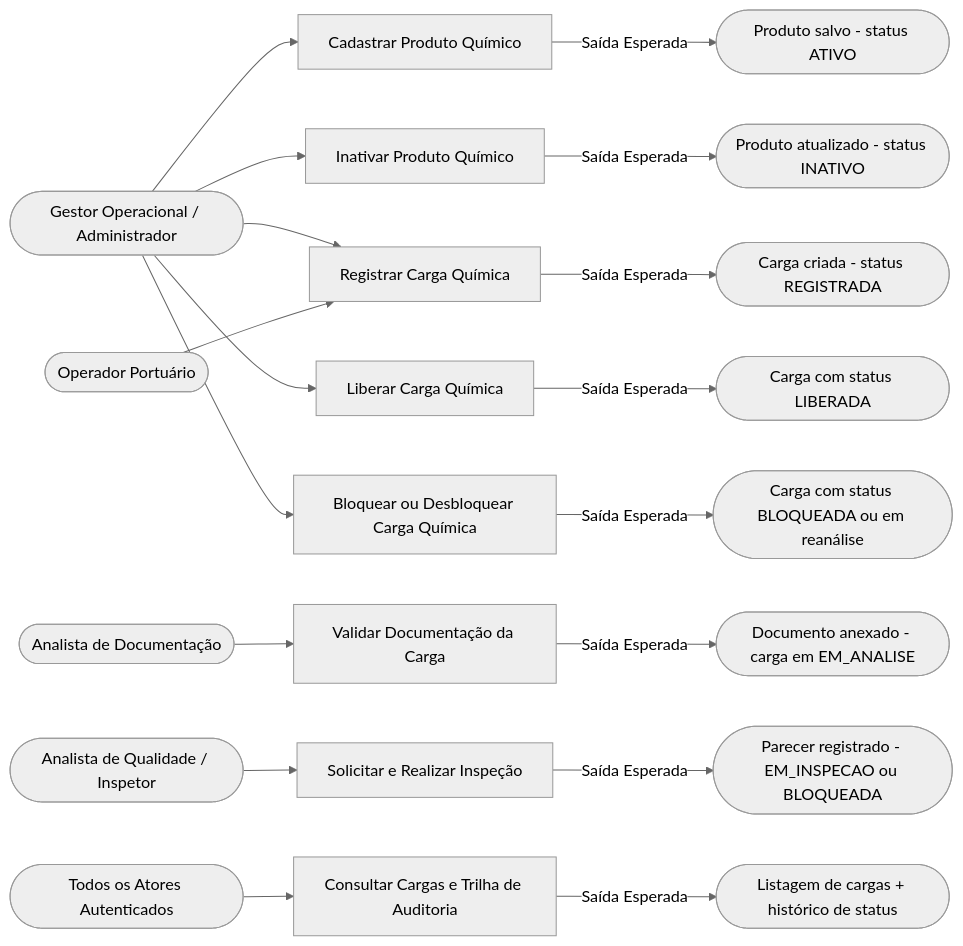
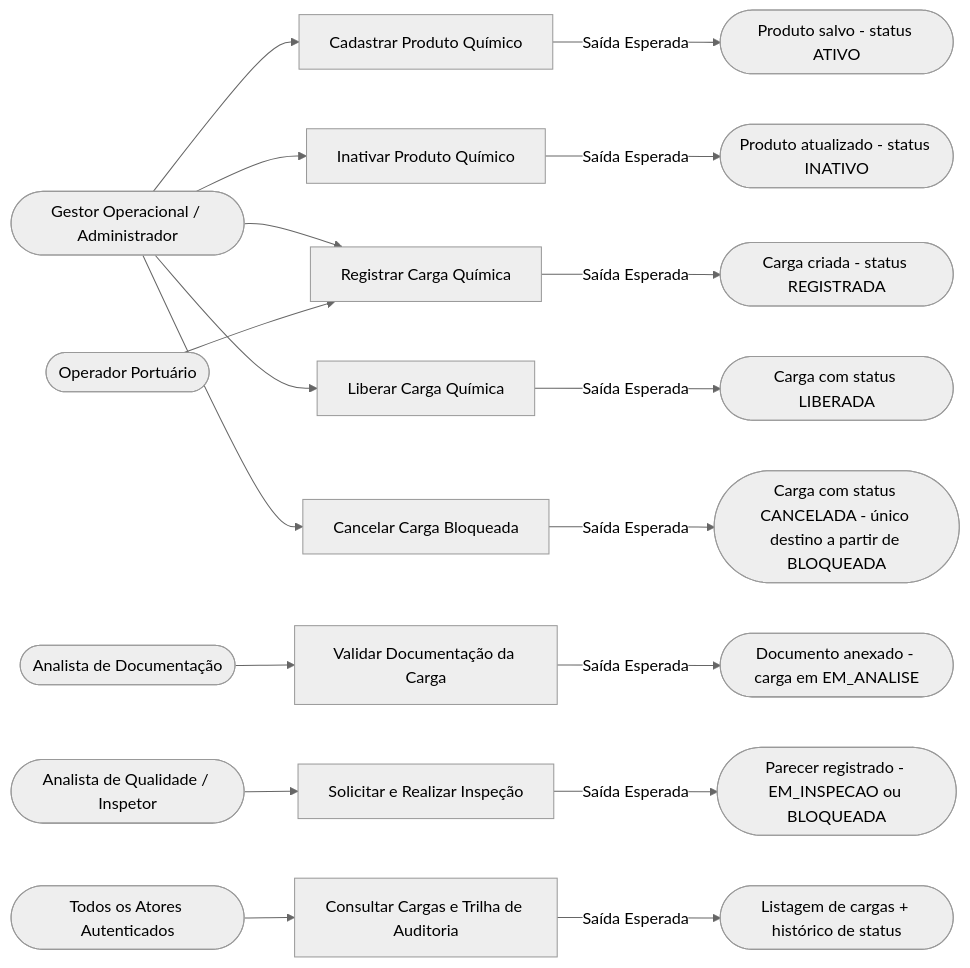
One commit to gabrixlzdev/QuimiPort changed the first of 2 diagrams in docs/3_casos_de_uso.md. Above: the diagram before and after it, drawn with Mermaid (neutral theme). The commit also changed other lines of this file and 2 other files, not shown here.

First line of the commit message:
Restringe fluxo de status da carga às 11 transições do enunciado da Fase 2

````diff
--- a/docs/3_casos_de_uso.md
+++ b/docs/3_casos_de_uso.md
@@ -5,31 +5,31 @@
 ```mermaid
 flowchart LR
   Gestor([Gestor Operacional / Administrador])
   Operador([Operador Portuário])
   Analista([Analista de Documentação])
   Qualidade([Analista de Qualidade / Inspetor])
   Todos([Todos os Atores Autenticados])
 
   Gestor --> UC1[Cadastrar Produto Químico]
   Gestor --> UC2[Inativar Produto Químico]
   Gestor --> UC3[Registrar Carga Química]
   Gestor --> UC6[Liberar Carga Química]
-  Gestor --> UC7[Bloquear ou Desbloquear Carga Química]
+  Gestor --> UC7[Cancelar Carga Bloqueada]
 
   Operador --> UC3
 
   Analista --> UC4[Validar Documentação da Carga]
 
   Qualidade --> UC5[Solicitar e Realizar Inspeção]
 
   Todos --> UC8[Consultar Cargas e Trilha de Auditoria]
 
   UC1 -->|Saída Esperada| S1([Produto salvo - status ATIVO])
   UC2 -->|Saída Esperada| S2([Produto atualizado - status INATIVO])
   UC3 -->|Saída Esperada| S3([Carga criada - status REGISTRADA])
   UC4 -->|Saída Esperada| S4([Documento anexado - carga em EM_ANALISE])
   UC5 -->|Saída Esperada| S5([Parecer registrado - EM_INSPECAO ou BLOQUEADA])
   UC6 -->|Saída Esperada| S6([Carga com status LIBERADA])
-  UC7 -->|Saída Esperada| S7([Carga com status BLOQUEADA ou em reanálise])
+  UC7 -->|Saída Esperada| S7([Carga com status CANCELADA - único destino a partir de BLOQUEADA])
   UC8 -->|Saída Esperada| S8([Listagem de cargas + histórico de status])
 ```
````
